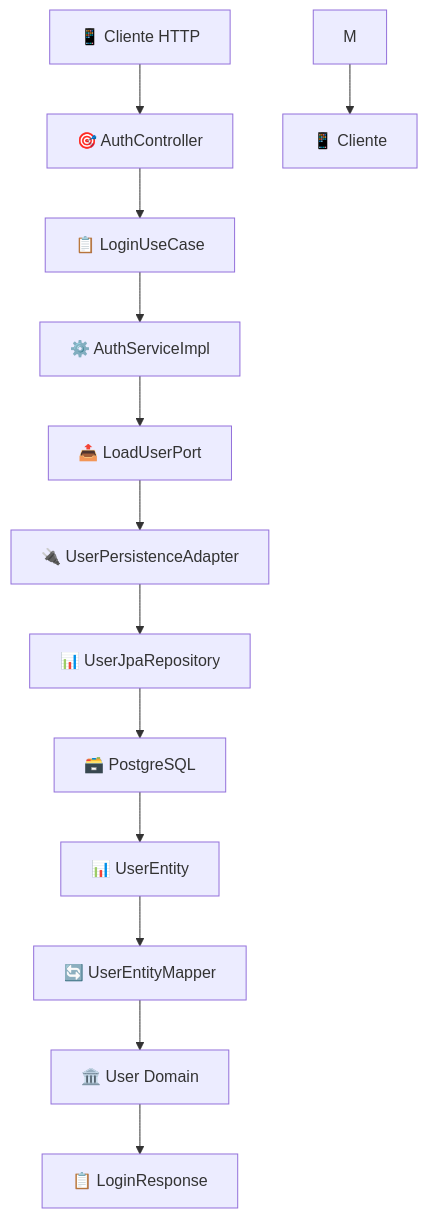
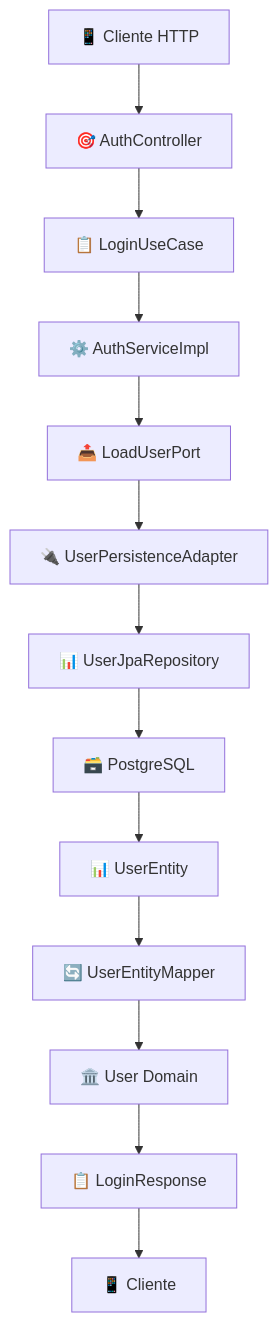
Before and after one commit to EduartDC/auth-service-moveone: the diagram in README.md, drawn with Mermaid.

````diff
--- a/README.md
+++ b/README.md
@@ -86,16 +86,16 @@
 ```mermaid
 graph TD
     A[📱 Cliente HTTP] --> B[🎯 AuthController]
     B --> C[📋 LoginUseCase]
     C --> D[⚙️ AuthServiceImpl]
     D --> E[📤 LoadUserPort]
     E --> F[🔌 UserPersistenceAdapter]
     F --> G[📊 UserJpaRepository]
     G --> H[🗃️ PostgreSQL]
 
     H --> I[📊 UserEntity]
     I --> J[🔄 UserEntityMapper]
     J --> K[🏛️ User Domain]
     K --> L[📋 LoginResponse]
-    M --> N[📱 Cliente]
+    L --> N[📱 Cliente]
 ```
````
